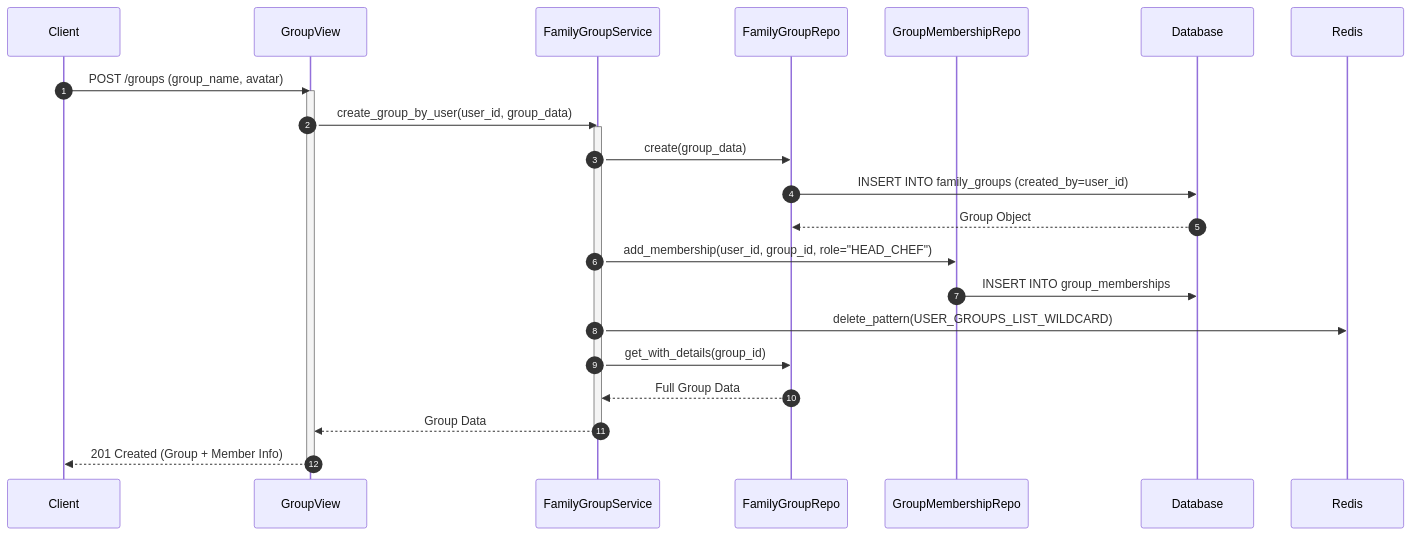
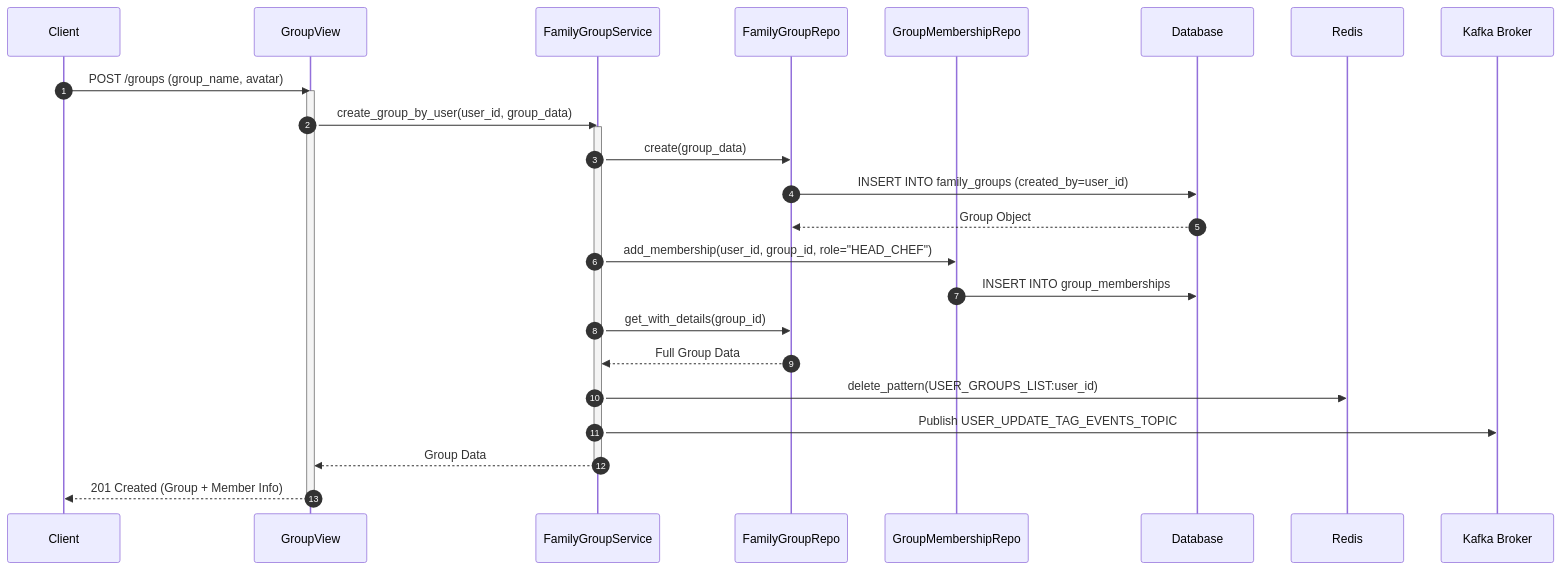
The seventh of 20 diagrams in docs/design/user_service_sequence_diagram.md (cuongct220020/convenient-shopping-system), drawn with Mermaid before and after one commit. The commit also changed other lines of this file, not shown here.

Commit message:
docs: update family group management flows

````diff
--- a/docs/design/user_service_sequence_diagram.md
+++ b/docs/design/user_service_sequence_diagram.md
@@ -370,38 +370,43 @@
 ```mermaid
 sequenceDiagram
     autonumber
     participant Client
     participant View as GroupView
     participant Service as FamilyGroupService
     participant RepoGroup as FamilyGroupRepo
     participant RepoMember as GroupMembershipRepo
     participant DB as Database
     participant Redis as Redis
+    participant Kafka as Kafka Broker
 
     Client->>View: POST /groups (group_name, avatar)
     activate View
     
     View->>Service: create_group_by_user(user_id, group_data)
     activate Service
     
-    %% Tạo nhóm trong DB
+    %% Create Group
     Service->>RepoGroup: create(group_data)
     RepoGroup->>DB: INSERT INTO family_groups (created_by=user_id)
     DB-->>RepoGroup: Group Object
     
-    %% Thêm người tạo làm Head Chef
+    %% Add Creator as Head Chef
     Service->>RepoMember: add_membership(user_id, group_id, role="HEAD_CHEF")
     RepoMember->>DB: INSERT INTO group_memberships
     
-    %% Xóa Cache danh sách nhóm
-    Service->>Redis: delete_pattern(USER_GROUPS_LIST_WILDCARD)
-    
+    %% Fetch Full Details
     Service->>RepoGroup: get_with_details(group_id)
     RepoGroup-->>Service: Full Group Data
+    
+    %% Invalidate Cache
+    Service->>Redis: delete_pattern(USER_GROUPS_LIST:user_id)
+    
+    %% Publish User Tag Update (User joined new group)
+    Service->>Kafka: Publish USER_UPDATE_TAG_EVENTS_TOPIC
     
     Service-->>View: Group Data
     deactivate Service
     
     View-->>Client: 201 Created (Group + Member Info)
     deactivate View
 ```
````
